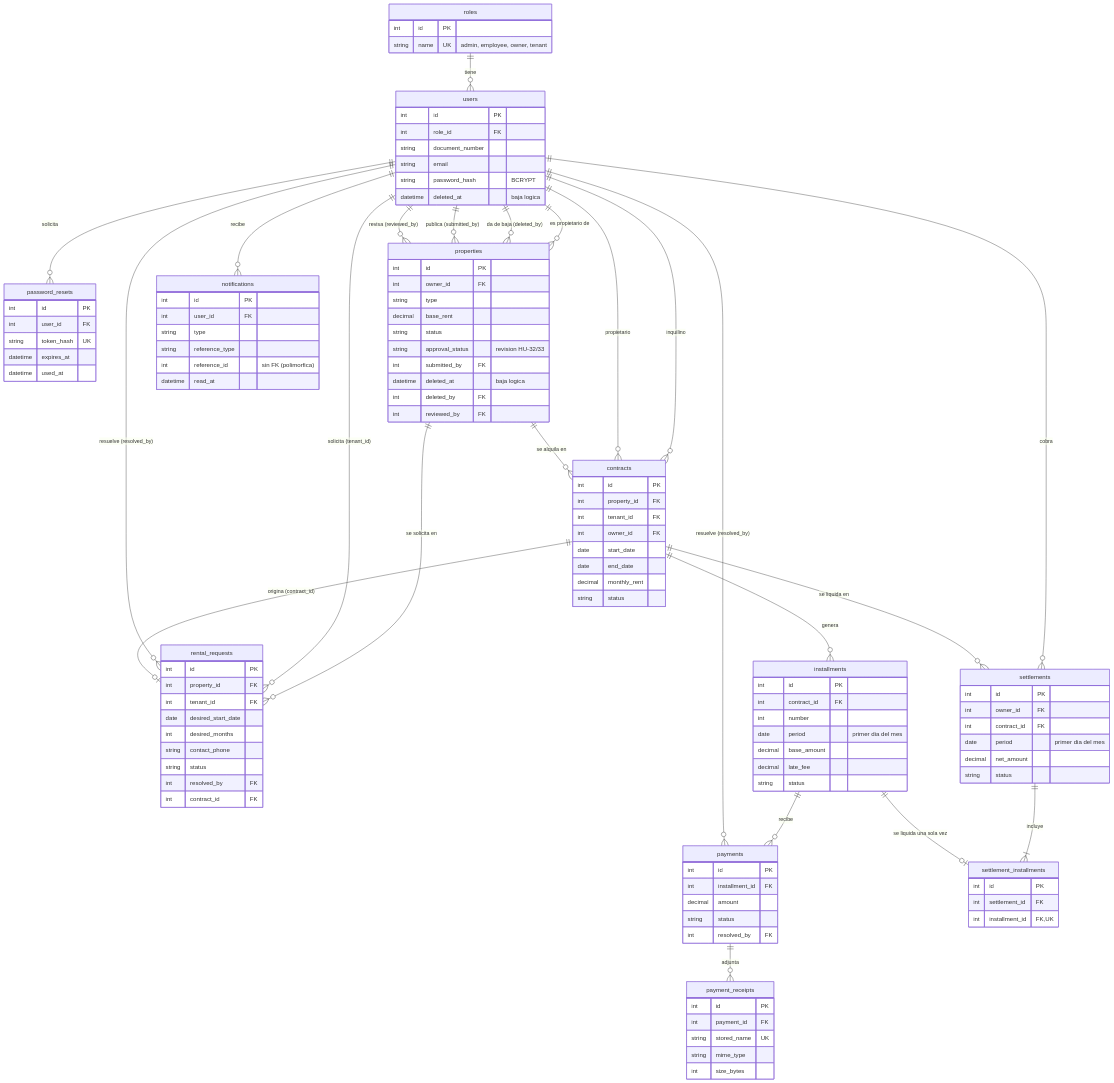
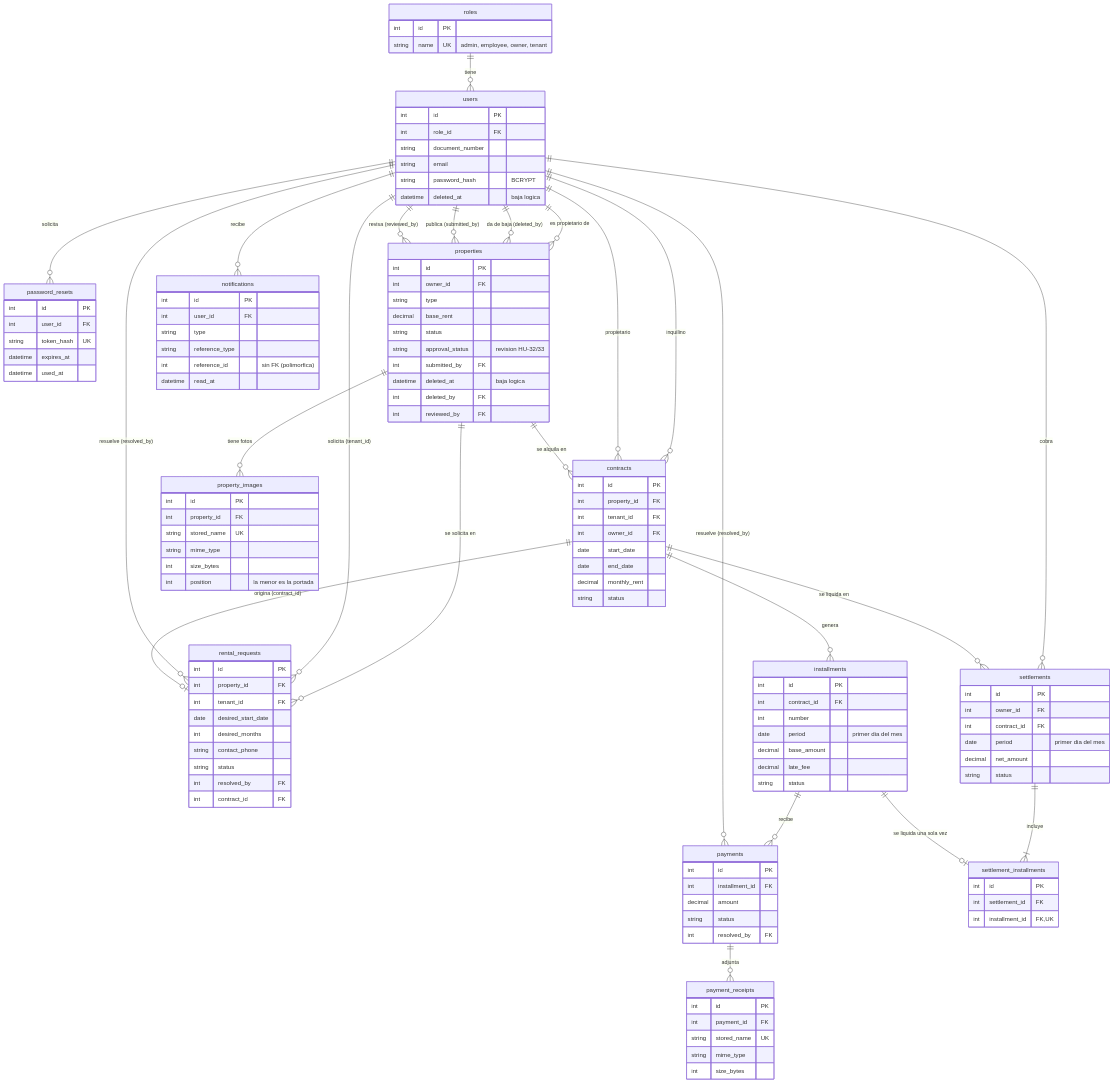
The diagram in .docs/base_de_datos/MODELO_DE_DATOS.md (EihtSlowFlow/PS-TP_FINAL), drawn with Mermaid before and after one commit. The commit also changed other lines of this file and 28 other files, not shown here.

```diff
--- a/.docs/base_de_datos/MODELO_DE_DATOS.md
+++ b/.docs/base_de_datos/MODELO_DE_DATOS.md
@@ -43,6 +43,7 @@
     users ||--o{ contracts : "inquilino"
     users ||--o{ contracts : "propietario"
     properties ||--o{ contracts : "se alquila en"
+    properties ||--o{ property_images : "tiene fotos"
     properties ||--o{ rental_requests : "se solicita en"
     users ||--o{ rental_requests : "solicita (tenant_id)"
     users ||--o{ rental_requests : "resuelve (resolved_by)"
@@ -132,6 +133,14 @@
         string mime_type
         int size_bytes
     }
+    property_images {
+        int id PK
+        int property_id FK
+        string stored_name UK
+        string mime_type
+        int size_bytes
+        int position "la menor es la portada"
+    }
     settlements {
         int id PK
         int owner_id FK
```
